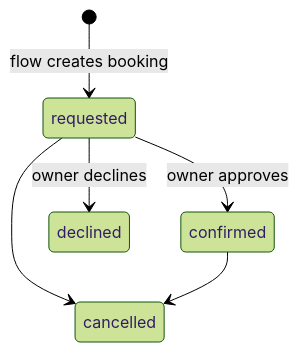
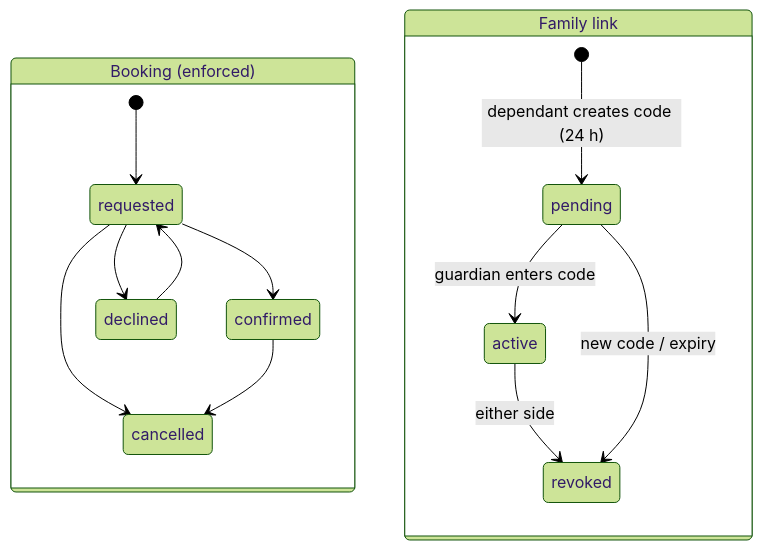
Before and after one commit to Phani3108/Vexa: the eighth of 10 diagrams in README.md, drawn with Mermaid (forest theme). The commit also changed other lines of this file and 4 other files, not shown here.

````diff
--- a/README.md
+++ b/README.md
@@ -756,8 +808,17 @@
 ```mermaid
 stateDiagram-v2
-  [*] --> requested: flow creates booking
-  requested --> confirmed: owner approves
-  requested --> declined: owner declines
-  requested --> cancelled
-  confirmed --> cancelled
+  state "Booking (enforced)" as B {
+    [*] --> requested
+    requested --> confirmed
+    requested --> declined
+    requested --> cancelled
+    confirmed --> cancelled
+    declined --> requested
+  }
+  state "Family link" as L {
+    [*] --> pending: dependant creates code (24 h)
+    pending --> active: guardian enters code
+    active --> revoked: either side
+    pending --> revoked: new code / expiry
+  }
 ```
````
